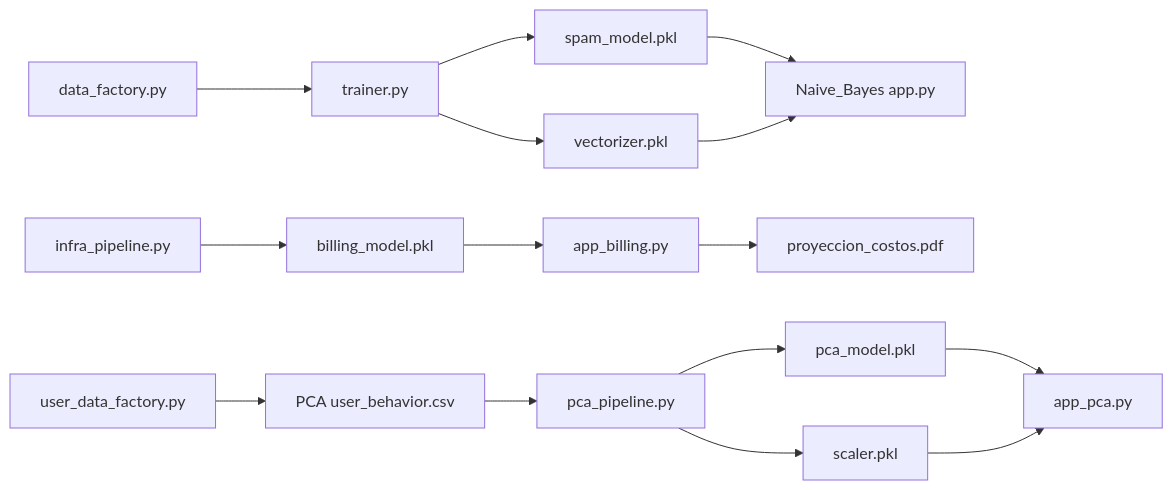
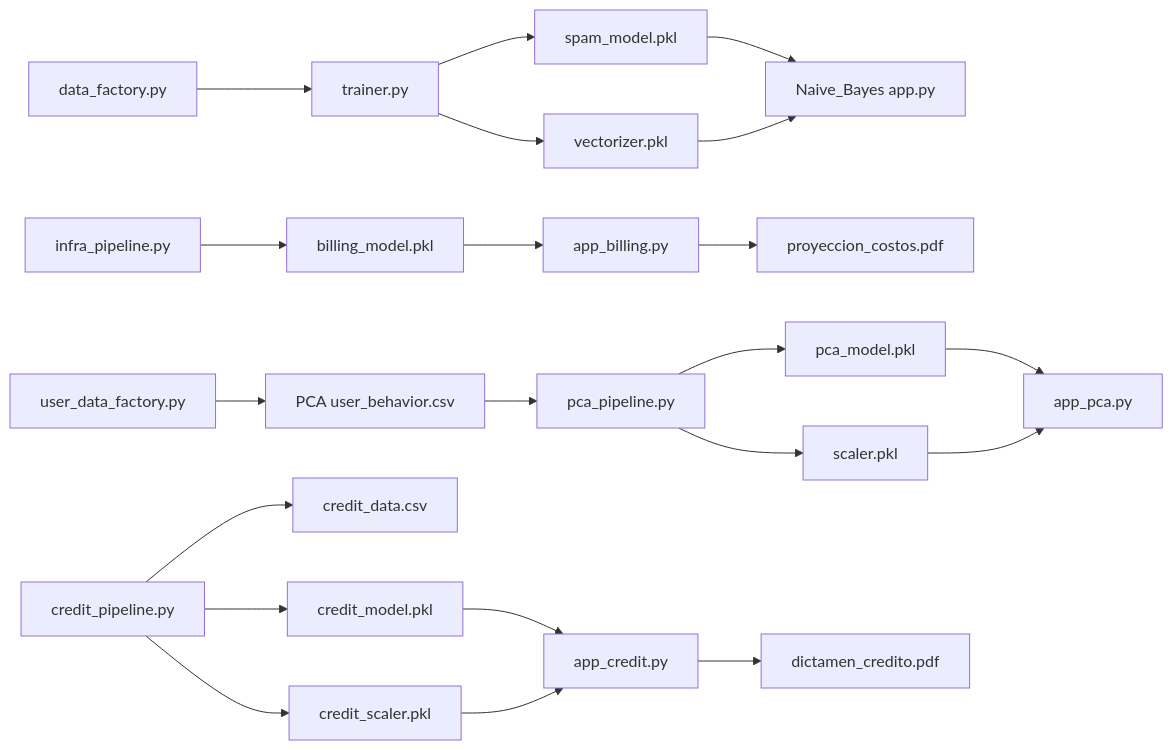
One commit to 0332241033-bit/Stadistics_Machine_Learning changed the diagram in docs/API_REFERENCE.md. Above: the diagram before and after it, drawn with Mermaid. The commit also changed other lines of this file and 6 other files, not shown here.

````diff
--- a/docs/API_REFERENCE.md
+++ b/docs/API_REFERENCE.md
@@ -115,19 +115,26 @@
 ```mermaid
 flowchart LR
     DF[data_factory.py] --> T[trainer.py]
     T --> M[spam_model.pkl]
     T --> V[vectorizer.pkl]
     M --> NBAPP[Naive_Bayes app.py]
     V --> NBAPP
 
     INFRA[infra_pipeline.py] --> BILL[billing_model.pkl]
     BILL --> LRAPP[app_billing.py]
     LRAPP --> PDF[proyeccion_costos.pdf]
 
     UDF[user_data_factory.py] --> UP[PCA user_behavior.csv]
     UP --> PP[pca_pipeline.py]
     PP --> SC[scaler.pkl]
     PP --> PM[pca_model.pkl]
     PM --> PAPP[app_pca.py]
     SC --> PAPP
+
+    CP[credit_pipeline.py] --> CD[credit_data.csv]
+    CP --> CM[credit_model.pkl]
+    CP --> CS[credit_scaler.pkl]
+    CM --> LGAPP[app_credit.py]
+    CS --> LGAPP
+    LGAPP --> CPDF[dictamen_credito.pdf]
 ```
````
